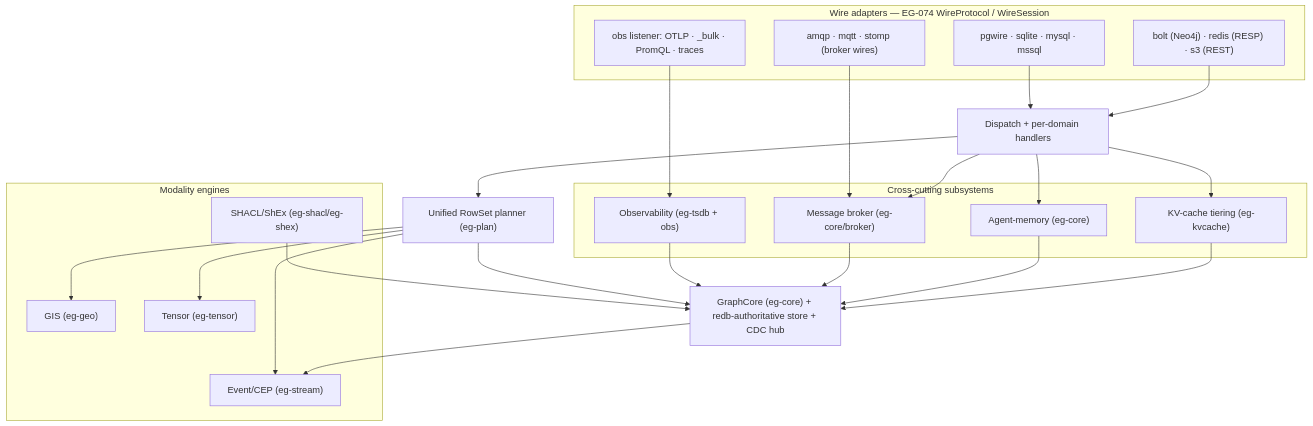
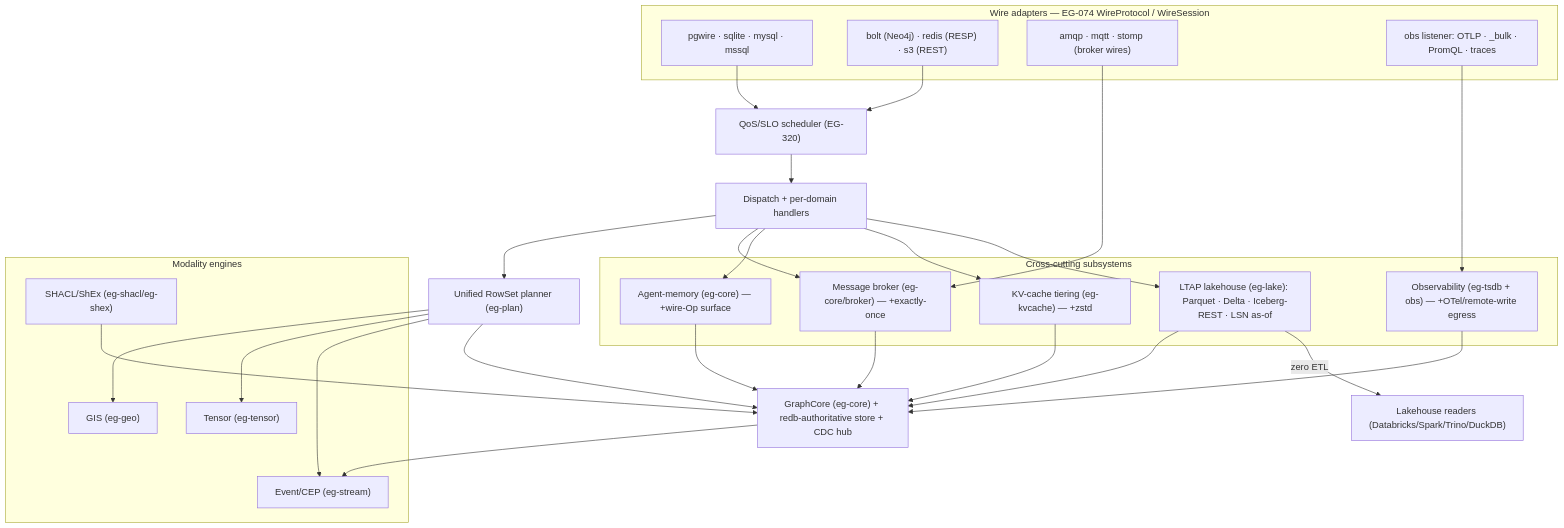
The diagram in docs/architecture/subsystems.md (Knuckles-Team/epistemic-graph), drawn with Mermaid before and after one commit. The commit also changed other lines of this file and 14 other files, not shown here.

````diff
--- a/docs/architecture/subsystems.md
+++ b/docs/architecture/subsystems.md
@@ -10,37 +10,42 @@
 ```mermaid
 flowchart TB
     subgraph Adapters["Wire adapters — EG-074 WireProtocol / WireSession"]
         A1["pgwire · sqlite · mysql · mssql"]
         A2["bolt (Neo4j) · redis (RESP) · s3 (REST)"]
         A3["amqp · mqtt · stomp (broker wires)"]
         A4["obs listener: OTLP · _bulk · PromQL · traces"]
     end
+    QOS["QoS/SLO scheduler (EG-320)"]
     DISP["Dispatch + per-domain handlers"]
     PLAN["Unified RowSet planner (eg-plan)"]
     subgraph Subsystems["Cross-cutting subsystems"]
-        BROKER["Message broker (eg-core/broker)"]
-        OBS["Observability (eg-tsdb + obs)"]
-        MEM["Agent-memory (eg-core)"]
-        KVC["KV-cache tiering (eg-kvcache)"]
+        BROKER["Message broker (eg-core/broker) — +exactly-once"]
+        OBS["Observability (eg-tsdb + obs) — +OTel/remote-write egress"]
+        MEM["Agent-memory (eg-core) — +wire-Op surface"]
+        KVC["KV-cache tiering (eg-kvcache) — +zstd"]
+        LAKE["LTAP lakehouse (eg-lake): Parquet · Delta · Iceberg-REST · LSN as-of"]
     end
     subgraph Modality["Modality engines"]
         GEO["GIS (eg-geo)"]
         TENSOR["Tensor (eg-tensor)"]
         STREAM["Event/CEP (eg-stream)"]
         SHACL["SHACL/ShEx (eg-shacl/eg-shex)"]
     end
     CORE["GraphCore (eg-core) + redb-authoritative store + CDC hub"]
+    LREAD["Lakehouse readers (Databricks/Spark/Trino/DuckDB)"]
 
-    A1 & A2 --> DISP
+    A1 & A2 --> QOS --> DISP
     A3 --> BROKER
     A4 --> OBS
     DISP --> PLAN --> CORE
-    DISP --> BROKER & MEM & KVC
+    DISP --> BROKER & MEM & KVC & LAKE
     PLAN --> GEO & TENSOR & STREAM
     OBS --> CORE
     BROKER --> CORE
     MEM --> CORE
     KVC --> CORE
     SHACL --> CORE
+    LAKE --> CORE
+    LAKE -->|"zero ETL"| LREAD
     CORE --> STREAM
 ```
````
